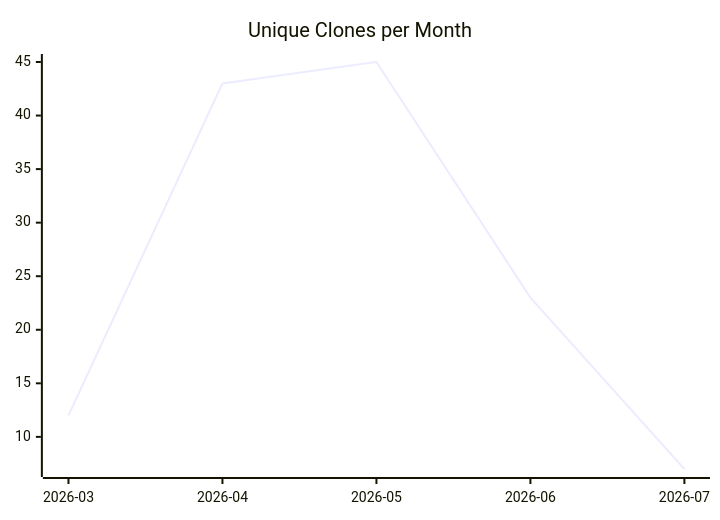
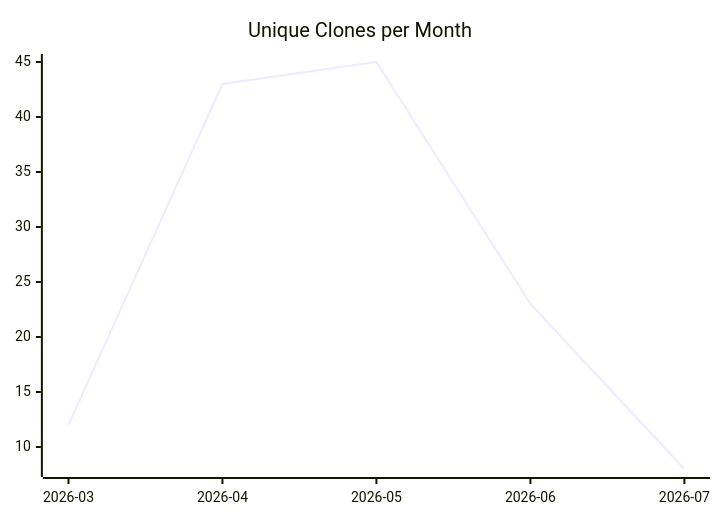
Before and after one commit to justdavis-family/github-analytics-data: the third of 3 diagrams in karlmdavis/ksoap2-android/README.md, drawn with Mermaid. The commit also changed other lines of this file and 185 other files, not shown here.

````diff
--- a/karlmdavis/ksoap2-android/README.md
+++ b/karlmdavis/ksoap2-android/README.md
@@ -19,6 +19,6 @@
 ```mermaid
 xychart-beta
   title "Unique Clones per Month"
   x-axis ["2026-03", "2026-04", "2026-05", "2026-06", "2026-07"]
-  line [12, 43, 45, 23, 7]
+  line [12, 43, 45, 23, 8]
 ```
````
